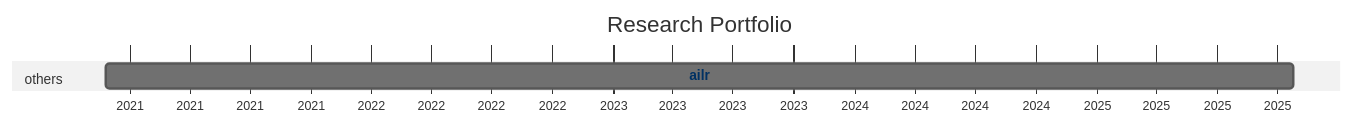
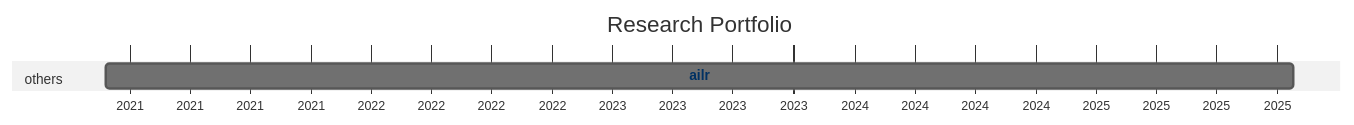
The diagram in docs/20-research/25-projects-gantt.md (digital-work-lab/handbook), drawn with Mermaid (neutral theme) before and after one commit.

Commit message:
Update repository overview

````diff
--- a/docs/20-research/25-projects-gantt.md
+++ b/docs/20-research/25-projects-gantt.md
@@ -8,21 +8,21 @@
 ```mermaid
 ---
 displayMode: compact
 ---
 gantt
 title Research Portfolio
 dateFormat YYYY-MM-DD
 axisFormat %Y
 
     section work_practices
 
     section distributed_organizing
 
     section knowledge_synthesis
 
     section others
-        ailr :ailr, 2020-11-26, 2025-10-25
+        ailr :ailr, 2020-11-26, 2025-10-26
 
 
     click ailr href "{{ site.baseurl }}/docs/10-lab/18-resources/ailr.html"
 ```
````
